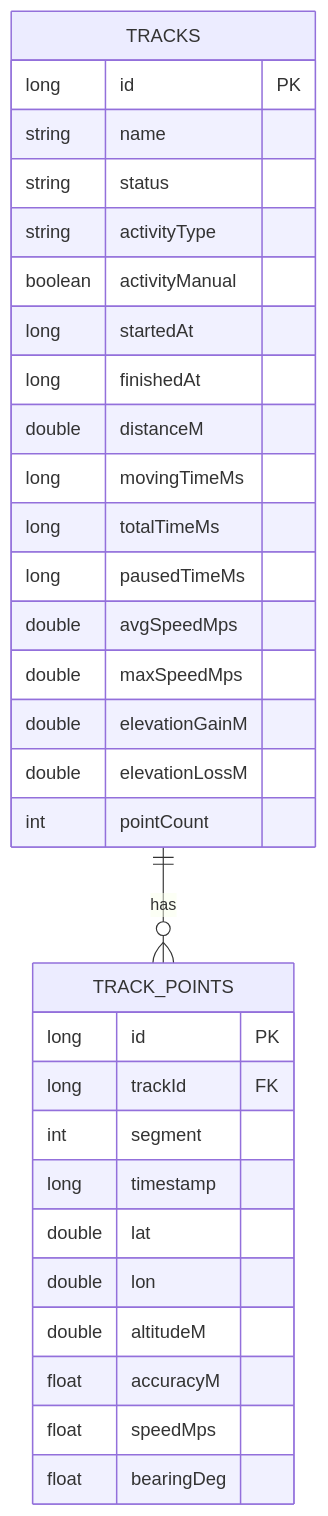
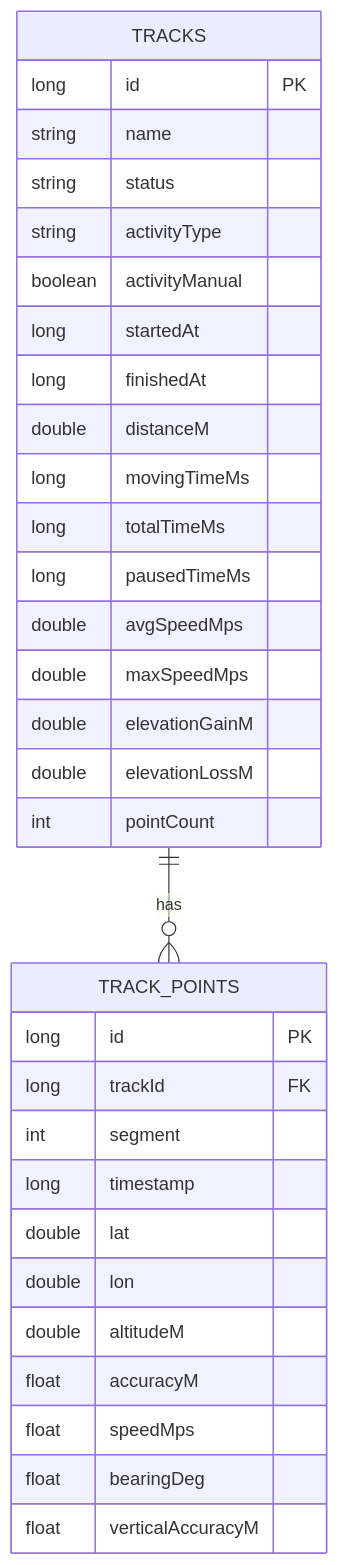
The third of 5 diagrams in docs/05_architecture.md (AlexanderSwift89/JustTracker), drawn with Mermaid before and after one commit. The commit also changed other lines of this file and 46 other files, not shown here.

Commit message:
fix(ui,elevation,gpx,location): no freeze or grey map on rotation, full landscape and large-font support, realistic elevation gain, schema-valid GPX, recording no longer stuck at 0 m (D-13…D-23, ADR-18, ADR-19, v1.0.2) — implemented by Claude Opus 5.5

````diff
--- a/docs/05_architecture.md
+++ b/docs/05_architecture.md
@@ -124,34 +125,35 @@
 ```mermaid
 erDiagram
   TRACKS ||--o{ TRACK_POINTS : has
   TRACKS {
     long id PK
     string name
     string status
     string activityType
     boolean activityManual
     long startedAt
     long finishedAt
     double distanceM
     long movingTimeMs
     long totalTimeMs
     long pausedTimeMs
     double avgSpeedMps
     double maxSpeedMps
     double elevationGainM
     double elevationLossM
     int pointCount
   }
   TRACK_POINTS {
     long id PK
     long trackId FK
     int segment
     long timestamp
     double lat
     double lon
     double altitudeM
     float accuracyM
     float speedMps
     float bearingDeg
+    float verticalAccuracyM
   }
 ```
````
